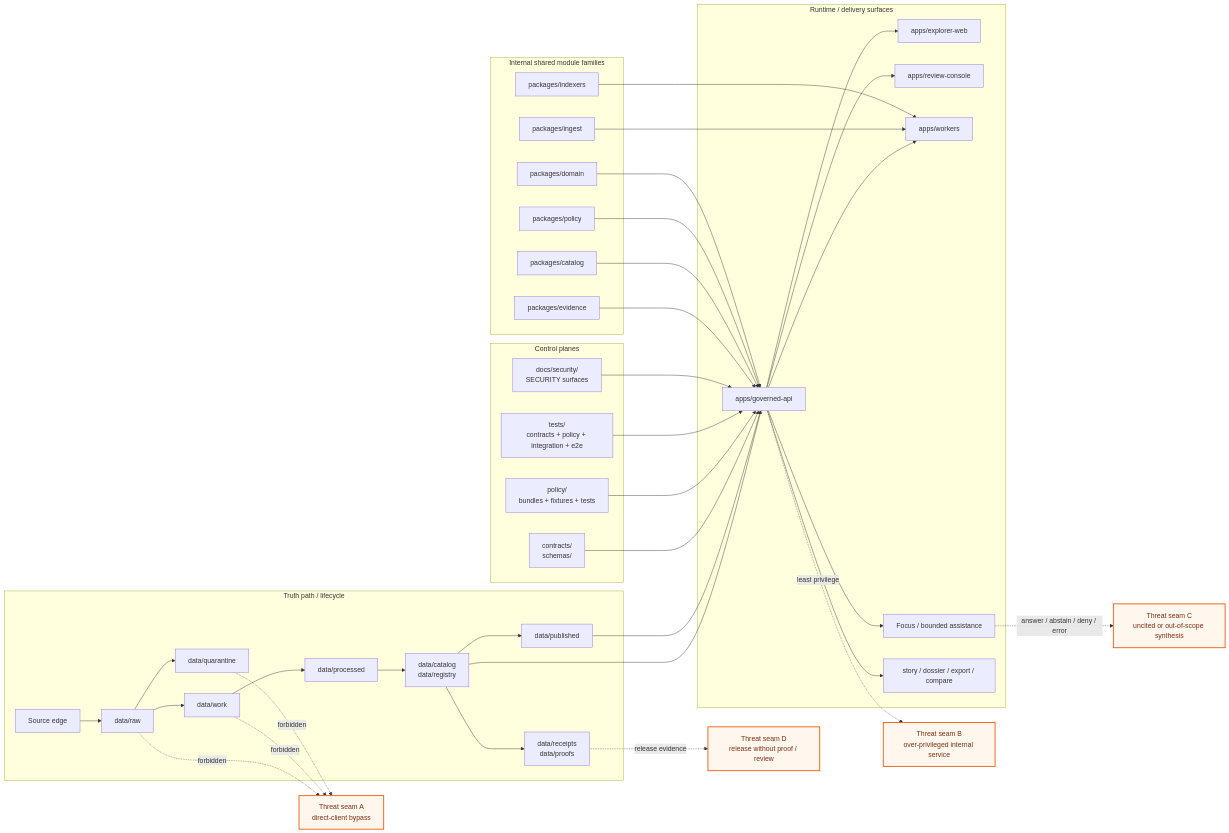
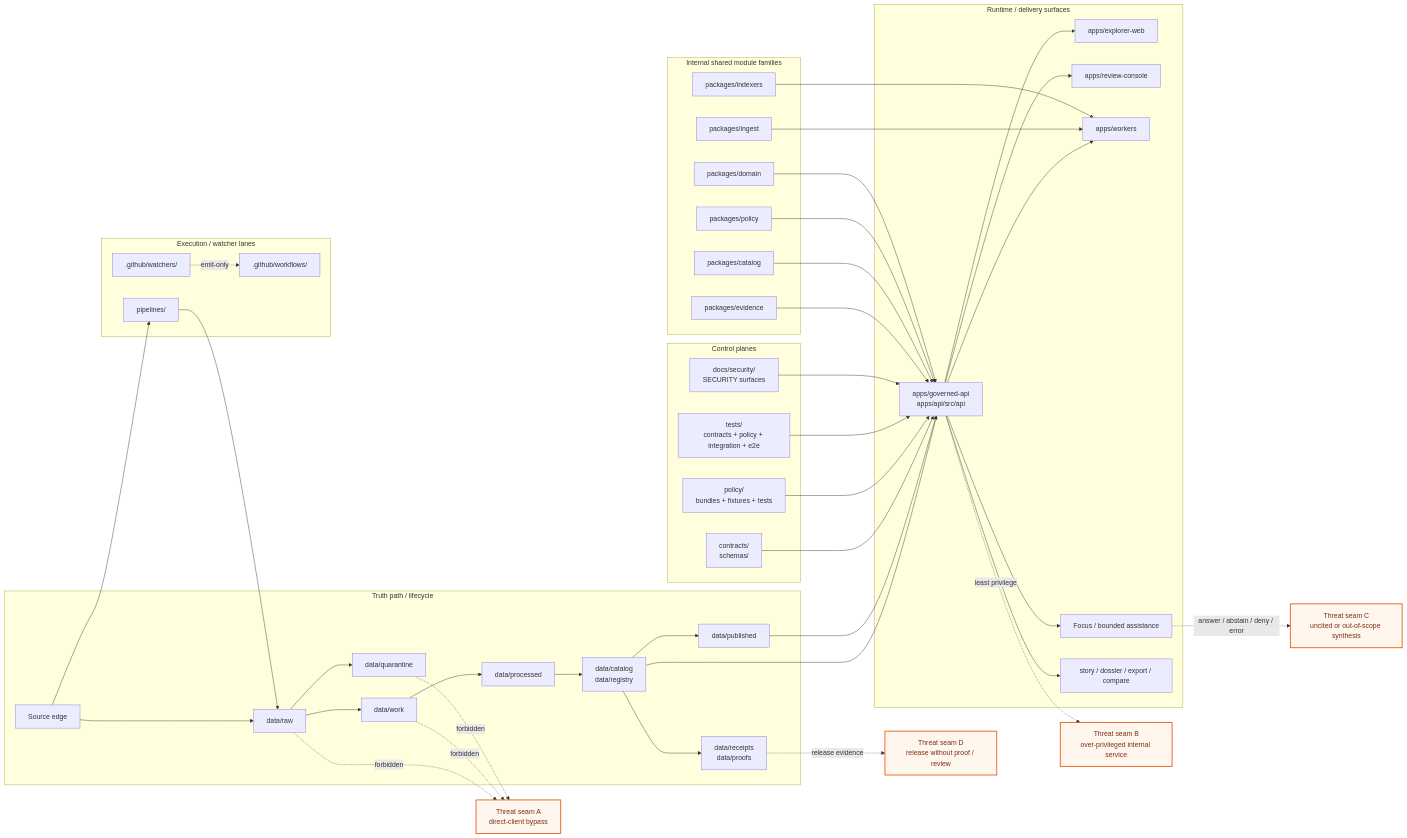
Before and after one commit to bartytime4life/Kansas-Frontier-Matrix: the diagram in docs/security/threat-model.md, drawn with Mermaid. The commit also changed other lines of this file, not shown here.

```diff
--- a/docs/security/threat-model.md
+++ b/docs/security/threat-model.md
@@ -190,12 +197,18 @@
     end
 
     subgraph Runtime["Runtime / delivery surfaces"]
-        API["apps/governed-api"]
+        API["apps/governed-api<br/>apps/api/src/api"]
         WEB["apps/explorer-web"]
         REVIEW["apps/review-console"]
         WORKERS["apps/workers"]
         FOCUS["Focus / bounded assistance"]
         EXPORT["story / dossier / export / compare"]
+    end
+
+    subgraph Execution["Execution / watcher lanes"]
+        PIPELINES["pipelines/"]
+        WATCHERS[".github/watchers/"]
+        WF[".github/workflows/"]
     end
 
     subgraph Shared["Internal shared module families"]
@@ -207,6 +220,9 @@
         PKG_DOMAIN["packages/domain"]
     end
 
+    SRC --> PIPELINES
+    PIPELINES --> RAW
+    WATCHERS -. emit-only .-> WF
     CAT --> API
     PUB --> API
     API --> WEB
```
